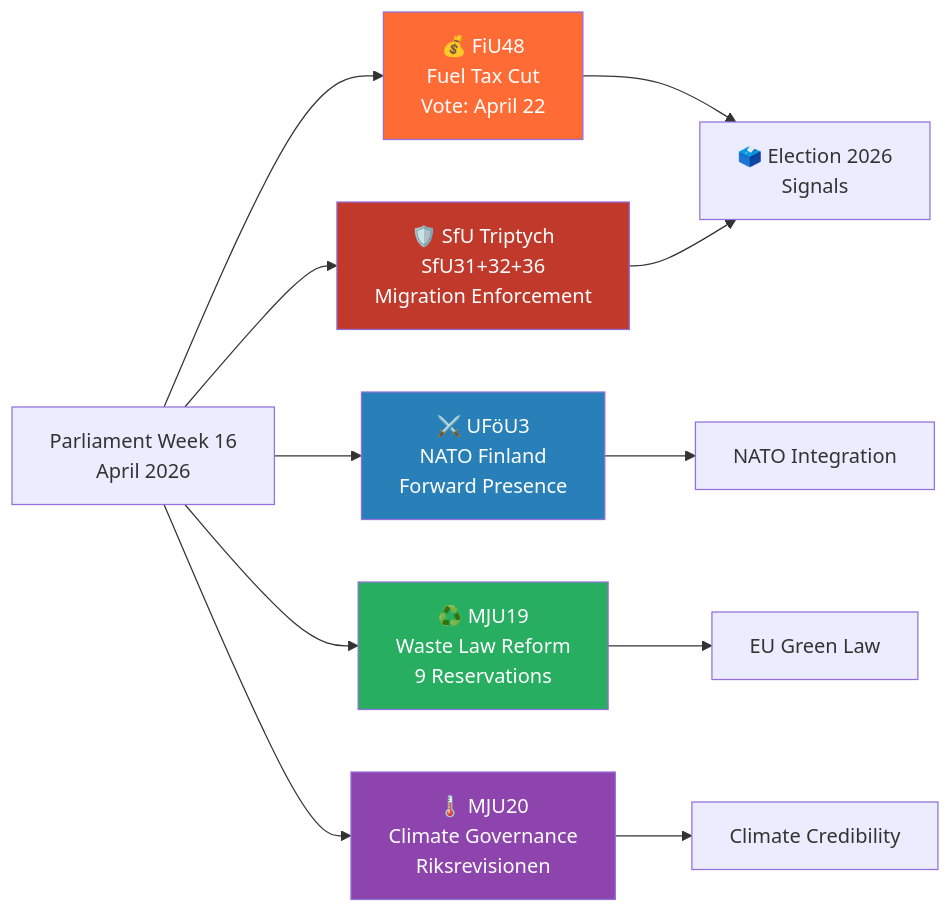
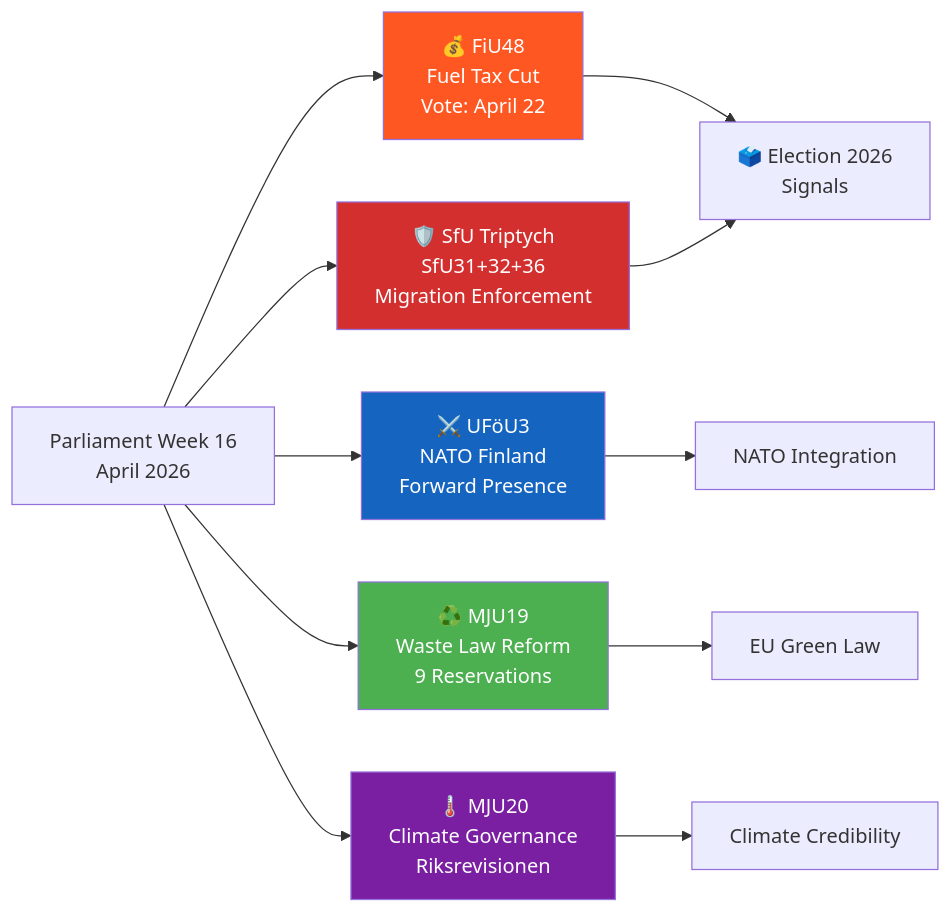
Before and after one commit to Hack23/riksdagsmonitor: the diagram in analysis/daily/2026-04-17/committeeReports/synthesis-summary.md, drawn with Mermaid. The commit also changed 785 other files, not shown here.

First line of the commit message:
Normalize mermaid colors across 786 analysis artifacts to ISMS Style Guide palette

````diff
--- a/analysis/daily/2026-04-17/committeeReports/synthesis-summary.md
+++ b/analysis/daily/2026-04-17/committeeReports/synthesis-summary.md
@@ -15,20 +15,20 @@
 ```mermaid
 graph LR
-    style FiU48 fill:#ff6b35,color:#fff
-    style SfU_BLOC fill:#c0392b,color:#fff
-    style UFöU3 fill:#2980b9,color:#fff
-    style MJU19 fill:#27ae60,color:#fff
-    style MJU20 fill:#8e44ad,color:#fff
+    style FiU48 fill:#FF5722,color:#FFFFFF
+    style SfU_BLOC fill:#D32F2F,color:#FFFFFF
+    style UFöU3 fill:#1565C0,color:#FFFFFF
+    style MJU19 fill:#4CAF50,color:#FFFFFF
+    style MJU20 fill:#7B1FA2,color:#FFFFFF
 
     A[Parliament Week 16<br/>April 2026] --> FiU48[💰 FiU48<br/>Fuel Tax Cut<br/>Vote: April 22]
     A --> SfU_BLOC[🛡️ SfU Triptych<br/>SfU31+32+36<br/>Migration Enforcement]
     A --> UFöU3[⚔️ UFöU3<br/>NATO Finland<br/>Forward Presence]
     A --> MJU19[♻️ MJU19<br/>Waste Law Reform<br/>9 Reservations]
     A --> MJU20[🌡️ MJU20<br/>Climate Governance<br/>Riksrevisionen]
     
     FiU48 --> ELECTION[🗳️ Election 2026<br/>Signals]
     SfU_BLOC --> ELECTION
     UFöU3 --> NATO_POLICY[NATO Integration]
     MJU19 --> EU_COMPLIANCE[EU Green Law]
     MJU20 --> CLIMATE_CRED[Climate Credibility]
 ```
````
